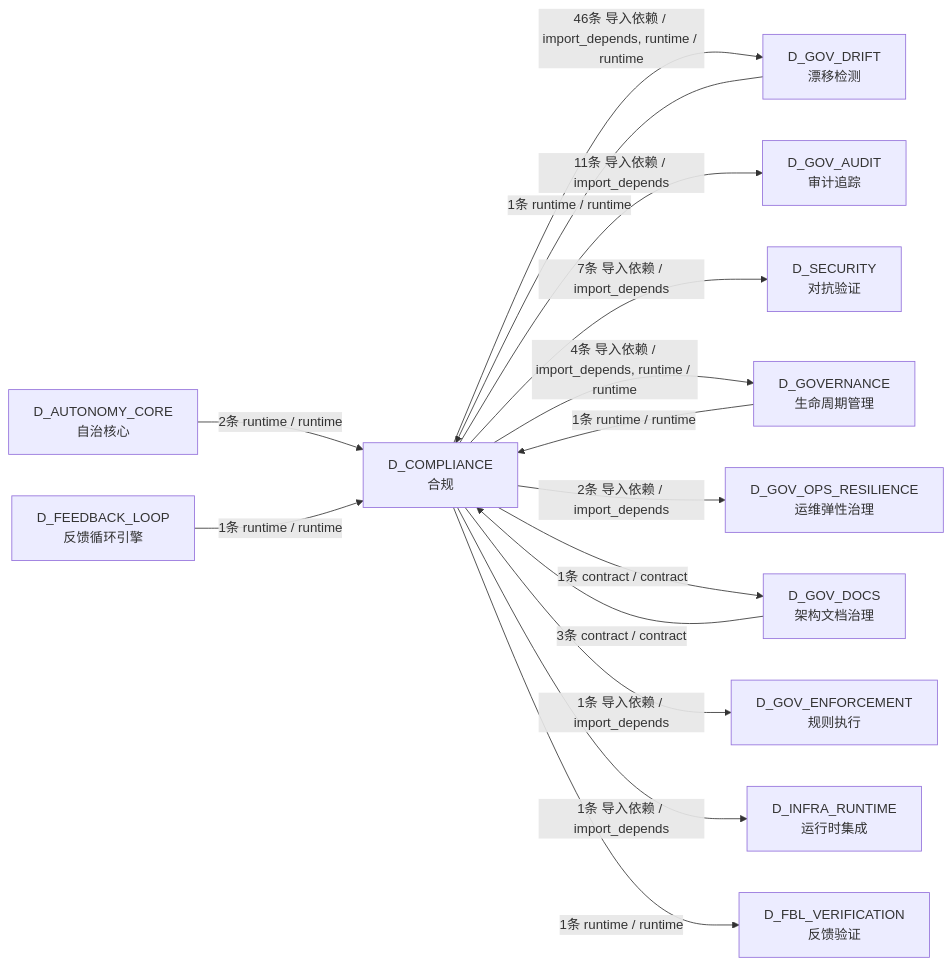
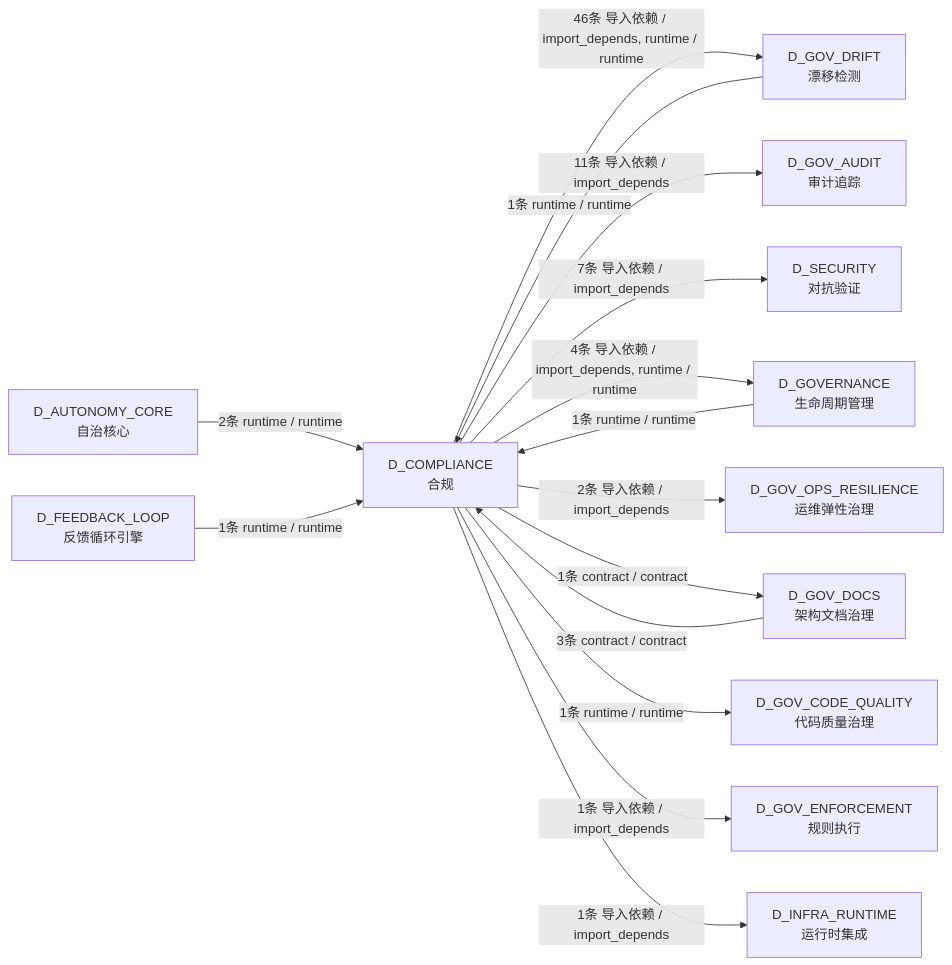
Before and after one commit to xuanFelixVan/ZephyrAlpha: the third of 3 diagrams in docs/02_enterprise_architecture/02_domain_architecture_docs/60_d_compliance.md, drawn with Mermaid. The commit also changed other lines of this file and 126 other files, not shown here.

````diff
--- a/docs/02_enterprise_architecture/02_domain_architecture_docs/60_d_compliance.md
+++ b/docs/02_enterprise_architecture/02_domain_architecture_docs/60_d_compliance.md
@@ -334,29 +333,29 @@
 ```mermaid
 graph LR
     D_COMPLIANCE["D_COMPLIANCE<br/>合规"]
     D_GOV_DRIFT["D_GOV_DRIFT<br/>漂移检测"]
     D_GOV_AUDIT["D_GOV_AUDIT<br/>审计追踪"]
     D_SECURITY["D_SECURITY<br/>对抗验证"]
     D_GOVERNANCE["D_GOVERNANCE<br/>生命周期管理"]
     D_GOV_OPS_RESILIENCE["D_GOV_OPS_RESILIENCE<br/>运维弹性治理"]
     D_GOV_DOCS["D_GOV_DOCS<br/>架构文档治理"]
+    D_GOV_CODE_QUALITY["D_GOV_CODE_QUALITY<br/>代码质量治理"]
     D_GOV_ENFORCEMENT["D_GOV_ENFORCEMENT<br/>规则执行"]
     D_INFRA_RUNTIME["D_INFRA_RUNTIME<br/>运行时集成"]
-    D_FBL_VERIFICATION["D_FBL_VERIFICATION<br/>反馈验证"]
     D_AUTONOMY_CORE["D_AUTONOMY_CORE<br/>自治核心"]
     D_FEEDBACK_LOOP["D_FEEDBACK_LOOP<br/>反馈循环引擎"]
     D_COMPLIANCE -->|46条 导入依赖 / import_depends, runtime / runtime| D_GOV_DRIFT
     D_COMPLIANCE -->|11条 导入依赖 / import_depends| D_GOV_AUDIT
     D_COMPLIANCE -->|7条 导入依赖 / import_depends| D_SECURITY
     D_COMPLIANCE -->|4条 导入依赖 / import_depends, runtime / runtime| D_GOVERNANCE
     D_COMPLIANCE -->|2条 导入依赖 / import_depends| D_GOV_OPS_RESILIENCE
     D_COMPLIANCE -->|1条 contract / contract| D_GOV_DOCS
+    D_COMPLIANCE -->|1条 runtime / runtime| D_GOV_CODE_QUALITY
     D_COMPLIANCE -->|1条 导入依赖 / import_depends| D_GOV_ENFORCEMENT
     D_COMPLIANCE -->|1条 导入依赖 / import_depends| D_INFRA_RUNTIME
-    D_COMPLIANCE -->|1条 runtime / runtime| D_FBL_VERIFICATION
     D_GOV_DOCS -->|3条 contract / contract| D_COMPLIANCE
     D_AUTONOMY_CORE -->|2条 runtime / runtime| D_COMPLIANCE
     D_FEEDBACK_LOOP -->|1条 runtime / runtime| D_COMPLIANCE
     D_GOVERNANCE -->|1条 runtime / runtime| D_COMPLIANCE
     D_GOV_DRIFT -->|1条 runtime / runtime| D_COMPLIANCE
 ```
````
